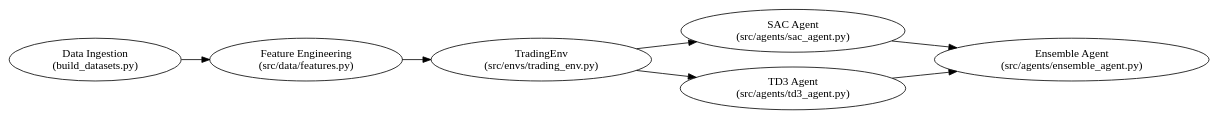
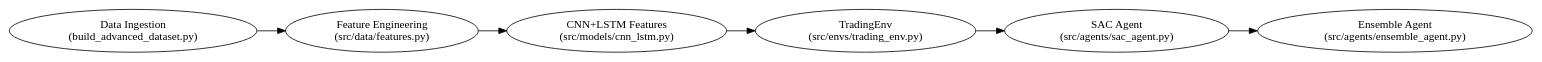
Before and after one commit to Zzzero-hash/trading-rl-agent: the diagram in docs/img/architecture_pipeline.gv, drawn with Graphviz. The commit also changed 22 other files, not shown here.

Commit message:
chore: Update documentation and notebooks for Trading RL Agent setup and evaluation

```diff
--- a/docs/img/architecture_pipeline.gv
+++ b/docs/img/architecture_pipeline.gv
@@ -1,14 +1,12 @@
 digraph G {
   rankdir=LR;
-  DataIngestion [label="Data Ingestion\n(build_datasets.py)"];
+  DataIngestion [label="Data Ingestion\n(build_advanced_dataset.py)"];
   FeatureEngineering [label="Feature Engineering\n(src/data/features.py)"];
+  CNNLSTMExtractor [label="CNN+LSTM Features\n(src/models/cnn_lstm.py)"];
   TradingEnv [label="TradingEnv\n(src/envs/trading_env.py)"];
   SAC [label="SAC Agent\n(src/agents/sac_agent.py)"];
-  TD3 [label="TD3 Agent\n(src/agents/td3_agent.py)"];
   Ensemble [label="Ensemble Agent\n(src/agents/ensemble_agent.py)"];
-  DataIngestion -> FeatureEngineering -> TradingEnv;
+  DataIngestion -> FeatureEngineering -> CNNLSTMExtractor -> TradingEnv;
   TradingEnv -> SAC;
-  TradingEnv -> TD3;
   SAC -> Ensemble;
-  TD3 -> Ensemble;
 }
```
